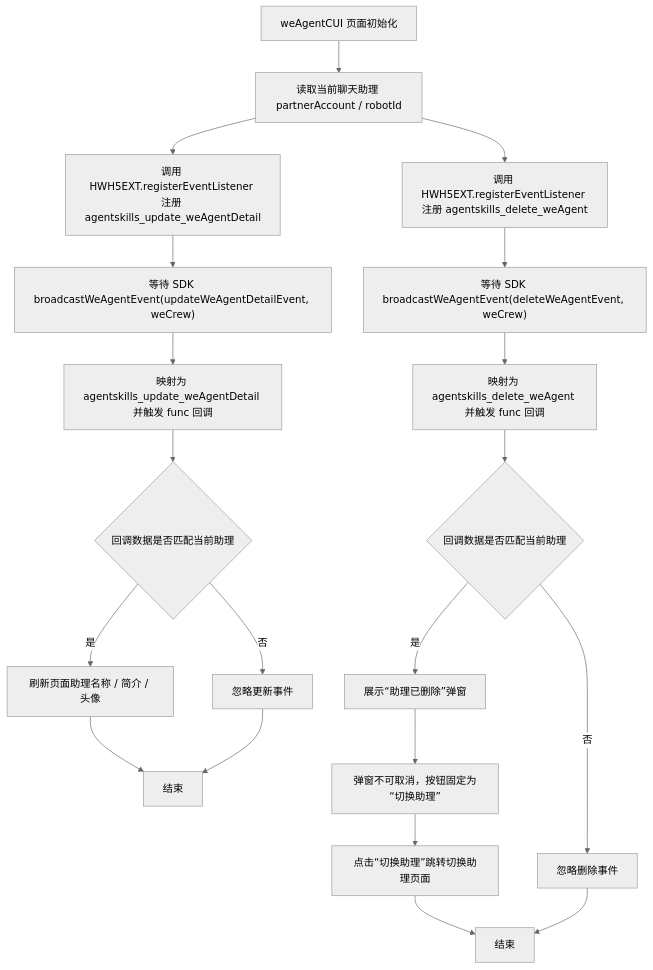
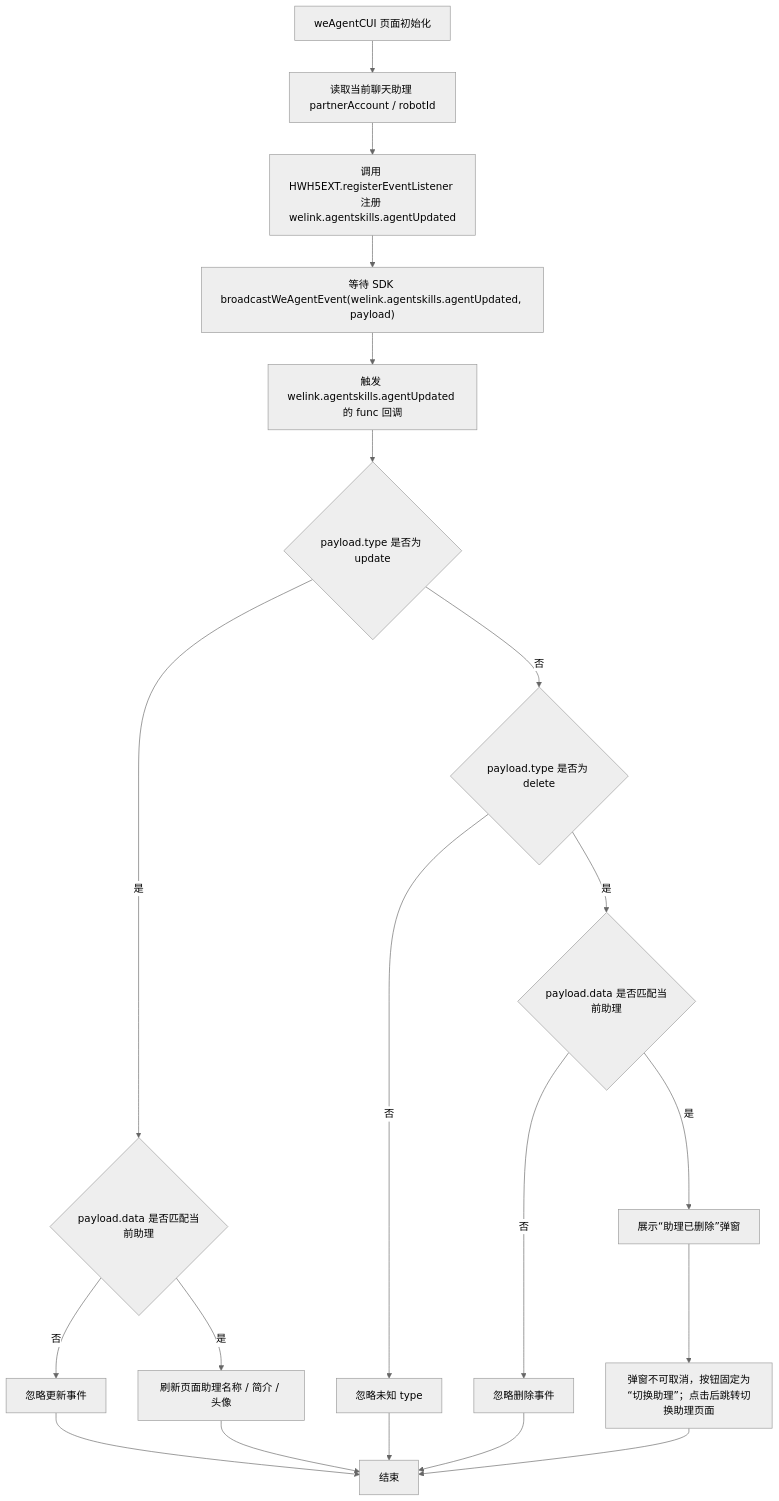
Before and after one commit to Abelsjcheng/skillSDK: the ninth of 9 diagrams in 2026-05-08-we-agent-detail-sync-plan.md, drawn with Mermaid (neutral theme). The commit also changed other lines of this file, not shown here.

````diff
--- a/2026-05-08-we-agent-detail-sync-plan.md
+++ b/2026-05-08-we-agent-detail-sync-plan.md
@@ -525,25 +539,25 @@
 ```mermaid
 flowchart TD
     A["weAgentCUI 页面初始化"] --> B["读取当前聊天助理 partnerAccount / robotId"]
-    B --> C["调用 HWH5EXT.registerEventListener 注册 agentskills_update_weAgentDetail"]
-    B --> D["调用 HWH5EXT.registerEventListener 注册 agentskills_delete_weAgent"]
+    B --> C["调用 HWH5EXT.registerEventListener 注册 welink.agentskills.agentUpdated"]
 
-    C --> E["等待 SDK broadcastWeAgentEvent(updateWeAgentDetailEvent, weCrew)"]
-    D --> F["等待 SDK broadcastWeAgentEvent(deleteWeAgentEvent, weCrew)"]
+    C --> E["等待 SDK broadcastWeAgentEvent(welink.agentskills.agentUpdated, payload)"]
 
-    E --> G["映射为 agentskills_update_weAgentDetail 并触发 func 回调"]
-    G --> H{"回调数据是否匹配当前助理"}
-    H -- "否" --> I["忽略更新事件"]
-    H -- "是" --> J["刷新页面助理名称 / 简介 / 头像"]
-    J --> K["结束"]
-    I --> K
+    E --> G["触发 welink.agentskills.agentUpdated 的 func 回调"]
+    G --> H{"payload.type 是否为 update"}
+    H -- "是" --> I{"payload.data 是否匹配当前助理"}
+    I -- "否" --> J["忽略更新事件"]
+    I -- "是" --> K["刷新页面助理名称 / 简介 / 头像"]
+    K --> R["结束"]
+    J --> R
 
-    F --> L["映射为 agentskills_delete_weAgent 并触发 func 回调"]
-    L --> M{"回调数据是否匹配当前助理"}
-    M -- "否" --> N["忽略删除事件"]
-    M -- "是" --> O["展示“助理已删除”弹窗"]
-    O --> P["弹窗不可取消，按钮固定为“切换助理”"]
-    P --> Q["点击“切换助理”跳转切换助理页面"]
-    Q --> R["结束"]
-    N --> R
+    H -- "否" --> L{"payload.type 是否为 delete"}
+    L -- "否" --> M["忽略未知 type"]
+    L -- "是" --> N{"payload.data 是否匹配当前助理"}
+    N -- "否" --> O["忽略删除事件"]
+    N -- "是" --> P["展示“助理已删除”弹窗"]
+    P --> Q["弹窗不可取消，按钮固定为“切换助理”；点击后跳转切换助理页面"]
+    Q --> R
+    M --> R
+    O --> R
 ```
````
